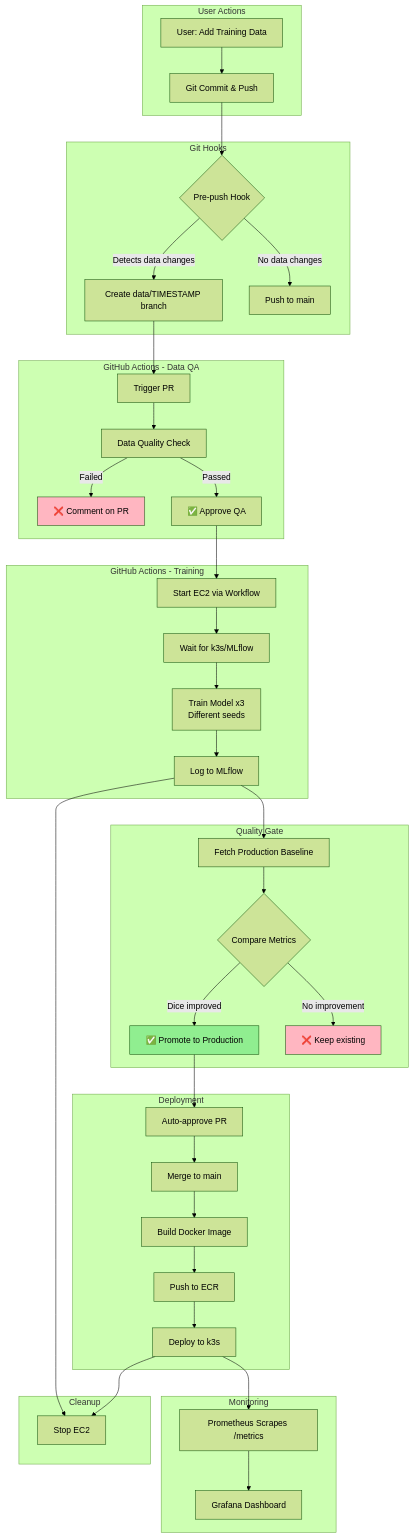
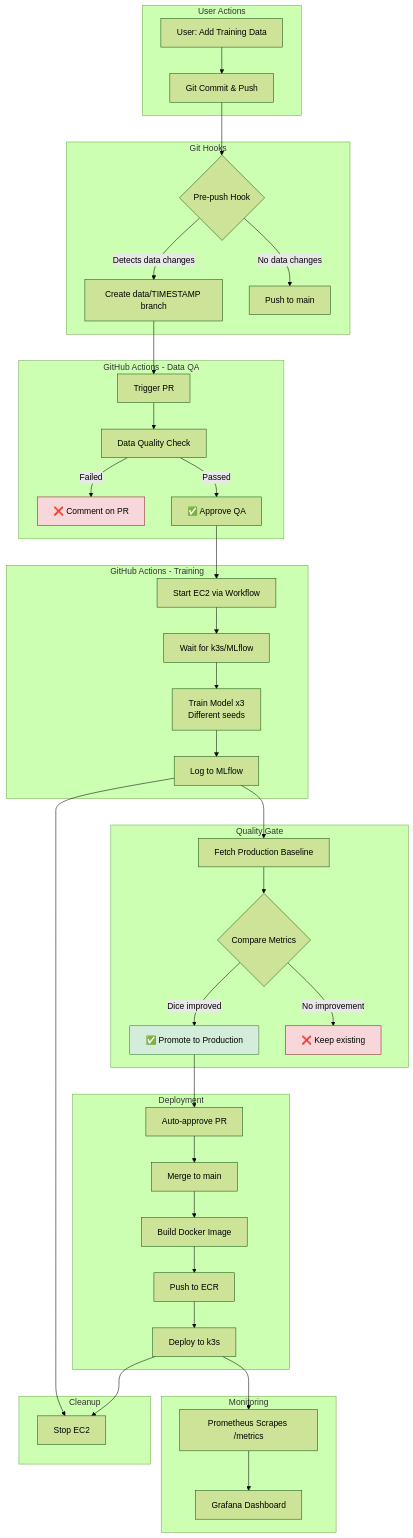
The first of 10 diagrams in docs/DIAGRAMS.md (Rafallost/Water-Meters-Segmentation-Automatization), drawn with Mermaid (forest theme) before and after one commit. The commit also changed other lines of this file, not shown here.

Commit message:
docs: fix diagrams colors

````diff
--- a/docs/DIAGRAMS.md
+++ b/docs/DIAGRAMS.md
@@ -11,55 +11,55 @@
 ```mermaid
 graph TB
     subgraph "User Actions"
         A[User: Add Training Data] --> B[Git Commit & Push]
     end
 
     subgraph "Git Hooks"
         B --> C{Pre-push Hook}
         C -->|Detects data changes| D[Create data/TIMESTAMP branch]
         C -->|No data changes| E[Push to main]
     end
 
     subgraph "GitHub Actions - Data QA"
         D --> F[Trigger PR]
         F --> G[Data Quality Check]
         G -->|Failed| H[❌ Comment on PR]
         G -->|Passed| I[✅ Approve QA]
     end
 
     subgraph "GitHub Actions - Training"
         I --> J[Start EC2 via Workflow]
         J --> K[Wait for k3s/MLflow]
         K --> L[Train Model x3<br/>Different seeds]
         L --> M[Log to MLflow]
     end
 
     subgraph "Quality Gate"
         M --> N[Fetch Production Baseline]
         N --> O{Compare Metrics}
         O -->|Dice improved| P[✅ Promote to Production]
         O -->|No improvement| Q[❌ Keep existing]
     end
 
     subgraph "Deployment"
         P --> R[Auto-approve PR]
         R --> S[Merge to main]
         S --> T[Build Docker Image]
         T --> U[Push to ECR]
         U --> V[Deploy to k3s]
     end
 
     subgraph "Monitoring"
         V --> W[Prometheus Scrapes /metrics]
         W --> X[Grafana Dashboard]
     end
 
     subgraph "Cleanup"
         M --> Y[Stop EC2]
         V --> Y
     end
 
-    style P fill:#90EE90
-    style Q fill:#FFB6C1
-    style H fill:#FFB6C1
+    style P fill:#d4edda,stroke:#2e7d32,color:#000
+    style Q fill:#f8d7da,stroke:#842029,color:#000
+    style H fill:#f8d7da,stroke:#842029,color:#000
 ```
````
